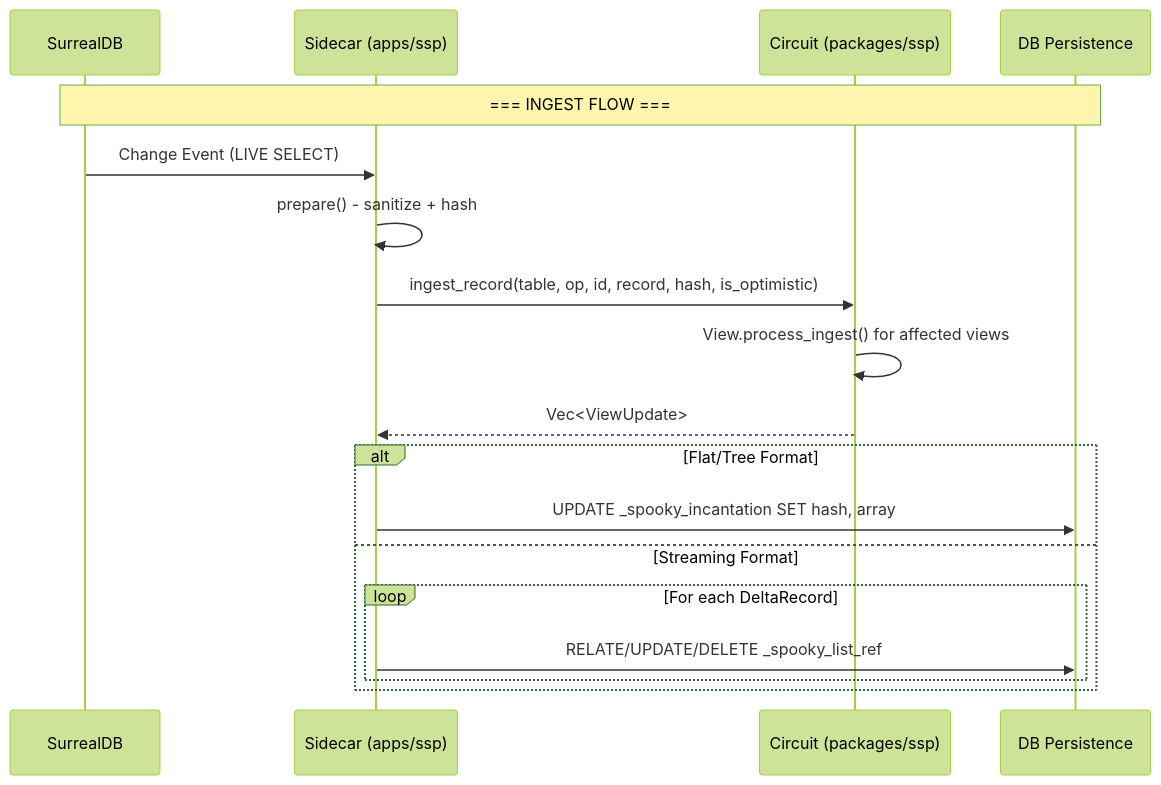
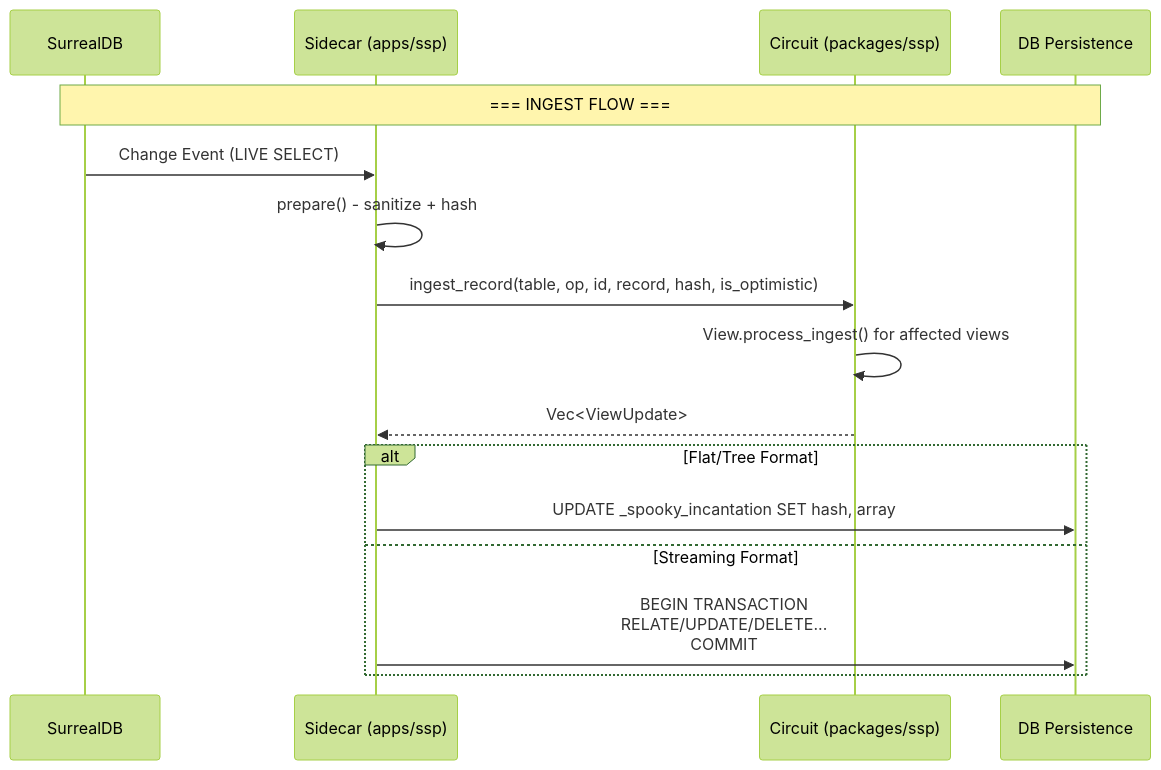
One commit to mono424/spooky changed the diagram in packages/ssp/README.md. Above: the diagram before and after it, drawn with Mermaid (forest theme). The commit also changed other lines of this file, not shown here.

````diff
--- a/packages/ssp/README.md
+++ b/packages/ssp/README.md
@@ -21,23 +21,21 @@
 ```mermaid
 sequenceDiagram
     participant DB as SurrealDB
     participant SC as Sidecar (apps/ssp)
     participant DBSP as Circuit (packages/ssp)
     participant OUT as DB Persistence
 
     Note over DB,OUT: === INGEST FLOW ===
     
     DB->>SC: Change Event (LIVE SELECT)
     SC->>SC: prepare() - sanitize + hash
     SC->>DBSP: ingest_record(table, op, id, record, hash, is_optimistic)
     DBSP->>DBSP: View.process_ingest() for affected views
     DBSP-->>SC: Vec<ViewUpdate>
     
     alt Flat/Tree Format
         SC->>OUT: UPDATE _spooky_incantation SET hash, array
     else Streaming Format
-        loop For each DeltaRecord
-            SC->>OUT: RELATE/UPDATE/DELETE _spooky_list_ref
-        end
+        SC->>OUT: BEGIN TRANSACTION<br/>RELATE/UPDATE/DELETE...<br/>COMMIT
     end
 ```
````
